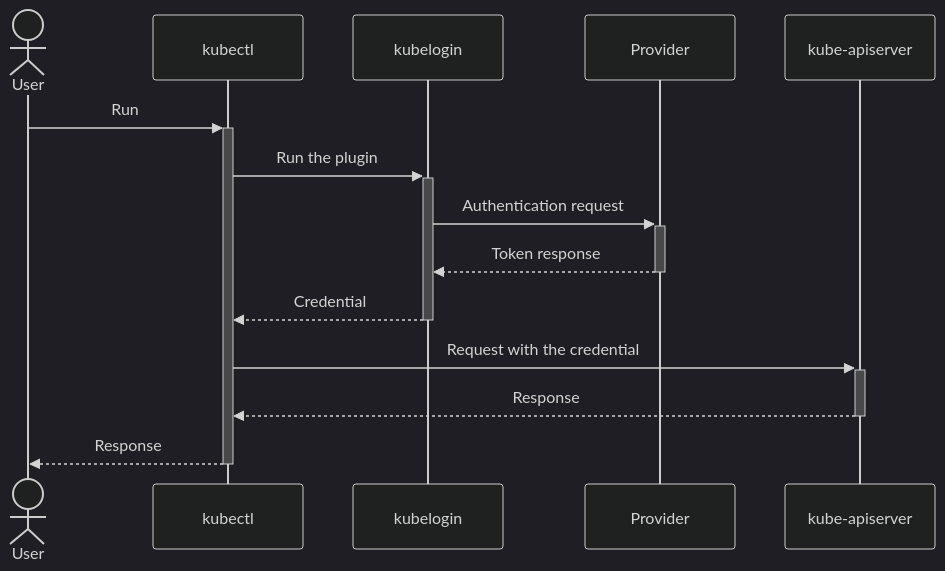
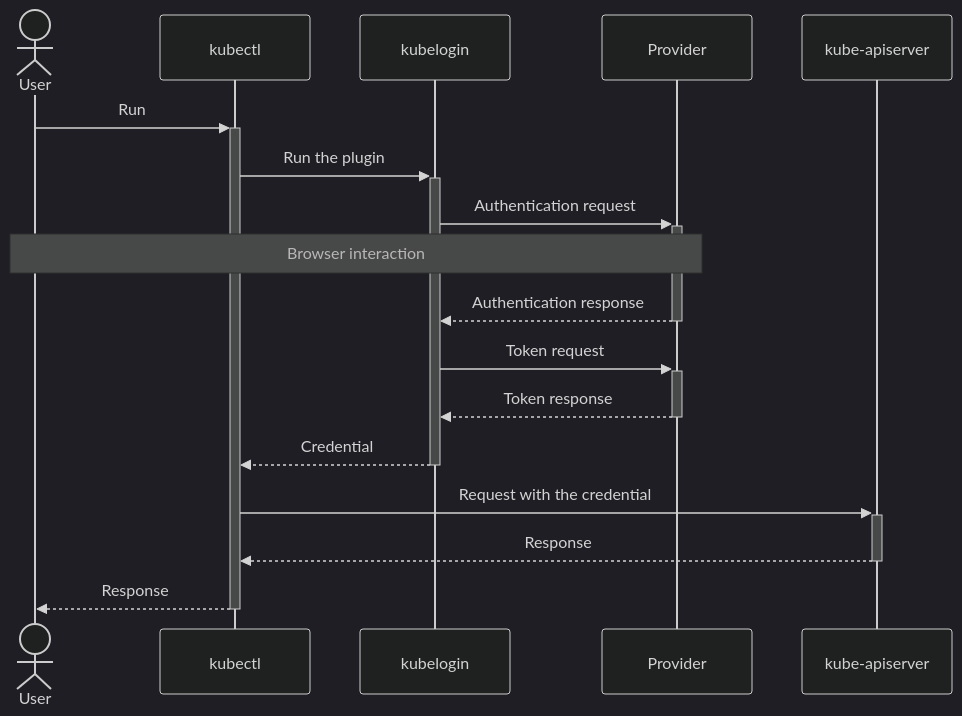
One commit to int128/kubelogin changed the diagram in docs/usage.md. Above: the diagram before and after it, drawn with Mermaid (dark theme). The commit also changed other lines of this file, not shown here.

````diff
--- a/docs/usage.md
+++ b/docs/usage.md
@@ -59,12 +57,15 @@
 ```mermaid
 sequenceDiagram
   actor User
   User ->>+ kubectl: Run
   kubectl ->>+ kubelogin: Run the plugin
   kubelogin ->>+ Provider: Authentication request
+  Note over User, Provider: Browser interaction
+  Provider -->>- kubelogin: Authentication response
+  kubelogin ->>+ Provider: Token request
   Provider -->>- kubelogin: Token response
   kubelogin -->>- kubectl: Credential
   kubectl ->>+ kube-apiserver: Request with the credential
   kube-apiserver -->>- kubectl: Response
   kubectl -->>- User: Response
 ```
````
